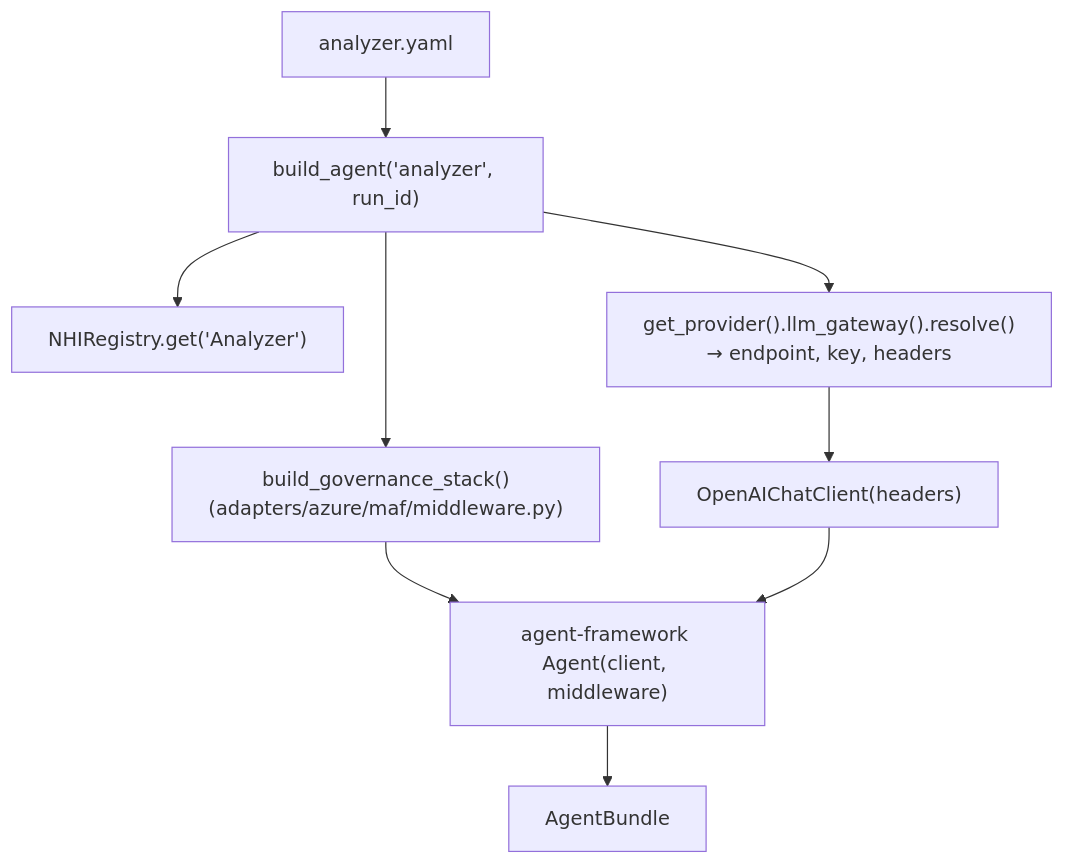
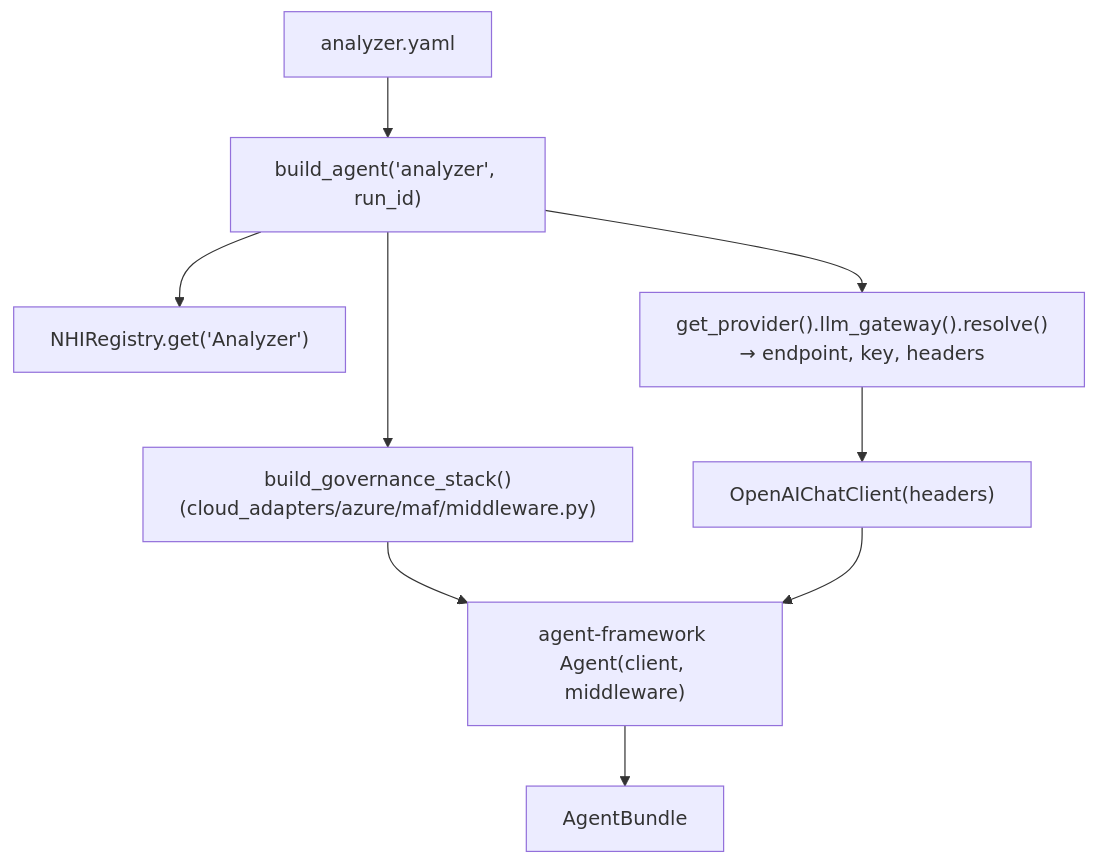
One commit to rlpatrao/agent-gov-sec changed the ninth of 9 diagrams in docs/architecture.md. Above: the diagram before and after it, drawn with Mermaid. The commit also changed other lines of this file and 116 other files, not shown here.

First line of the commit message:
refactor: split adapters/ into cloud_adapters/ and agent_framework_adapters/ (#33)

````diff
--- a/docs/architecture.md
+++ b/docs/architecture.md
@@ -460,11 +463,11 @@
 ```mermaid
 flowchart TD
   Cfg["analyzer.yaml"] --> BA["build_agent('analyzer', run_id)"]
   BA --> NHI["NHIRegistry.get('Analyzer')"]
   BA --> GW["get_provider().llm_gateway().resolve()\n→ endpoint, key, headers"]
-  BA --> GS["build_governance_stack()\n(adapters/azure/maf/middleware.py)"]
+  BA --> GS["build_governance_stack()\n(cloud_adapters/azure/maf/middleware.py)"]
   GW --> Client["OpenAIChatClient(headers)"]
   GS --> Agent["agent-framework Agent(client, middleware)"]
   Client --> Agent
   Agent --> Bundle["AgentBundle"]
 ```
````
